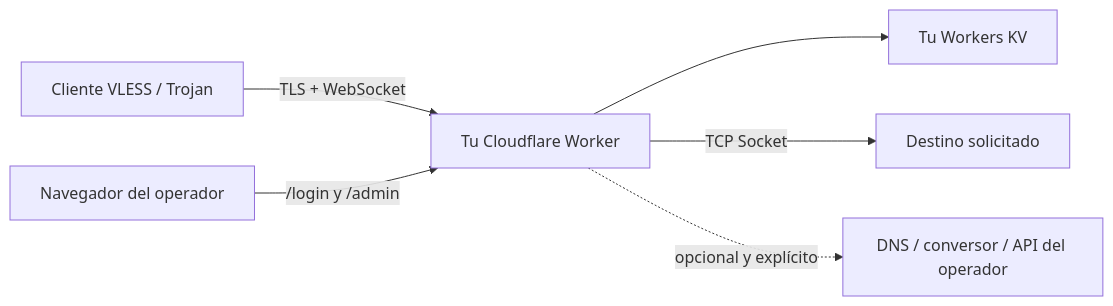
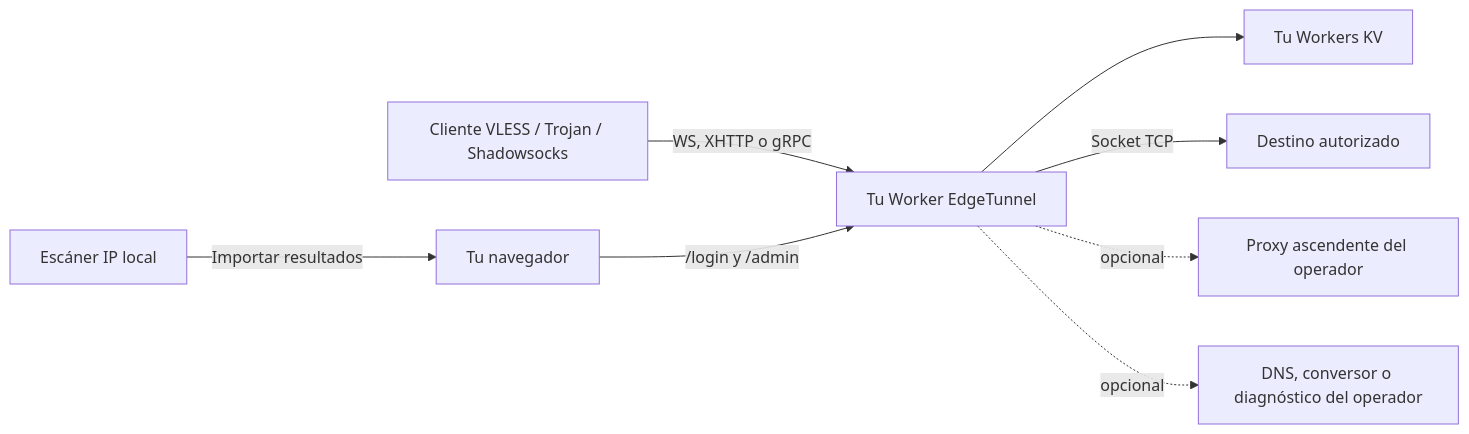
One commit to anuxs/Re_edgetunnel changed the diagram in README.es.md. Above: the diagram before and after it, drawn with Mermaid. The commit also changed other lines of this file and 6 other files, not shown here.

````diff
--- a/README.es.md
+++ b/README.es.md
@@ -58,8 +49,10 @@
 ```mermaid
 flowchart LR
-    C["Cliente VLESS / Trojan"] -->|"TLS + WebSocket"| W["Tu Cloudflare Worker"]
-    A["Navegador del operador"] -->|"/login y /admin"| W
+    C["Cliente VLESS / Trojan / Shadowsocks"] -->|"WS, XHTTP o gRPC"| W["Tu Worker EdgeTunnel"]
+    B["Tu navegador"] -->|"/login y /admin"| W
     W --> K["Tu Workers KV"]
-    W -->|"TCP Socket"| D["Destino solicitado"]
-    W -. "opcional y explícito" .-> O["DNS / conversor / API del operador"]
+    W -->|"Socket TCP"| D["Destino autorizado"]
+    S["Escáner IP local"] -->|"Importar resultados"| B
+    W -. "opcional" .-> P["Proxy ascendente del operador"]
+    W -. "opcional" .-> O["DNS, conversor o diagnóstico del operador"]
 ```
````
